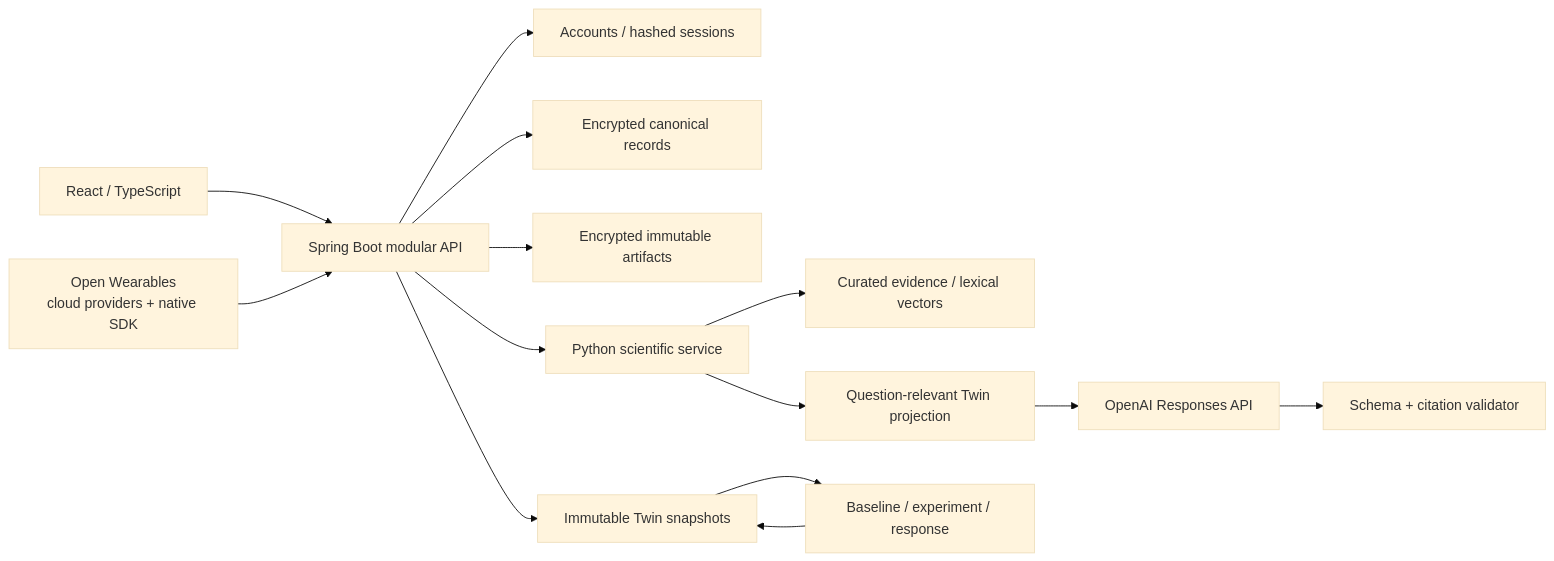
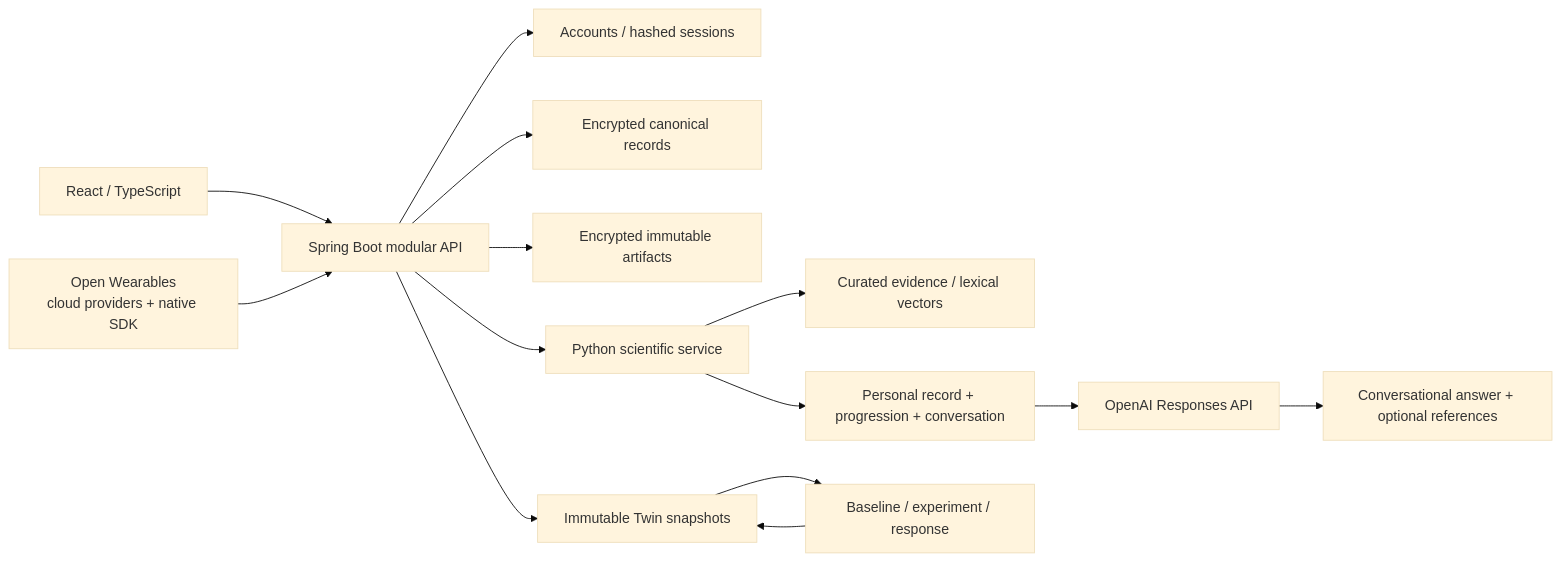
Before and after one commit to Adityahulk/aevum: the diagram in docs/ARCHITECTURE.md, drawn with Mermaid (base theme). The commit also changed other lines of this file and 9 other files, not shown here.

Commit message:
Simplify Ask to personalized conversation with optional references

````diff
--- a/docs/ARCHITECTURE.md
+++ b/docs/ARCHITECTURE.md
@@ -5,16 +5,16 @@
 ```mermaid
 flowchart LR
   Browser[React / TypeScript] --> Java[Spring Boot modular API]
   Java --> Identity[Accounts / hashed sessions]
   Java --> Records[Encrypted canonical records]
   Java --> Objects[Encrypted immutable artifacts]
   Java --> Python[Python scientific service]
   Python --> Corpus[Curated evidence / lexical vectors]
-  Python --> AskContext[Question-relevant Twin projection]
+  Python --> AskContext[Personal record + progression + conversation]
   AskContext --> LLM[OpenAI Responses API]
-  LLM --> Validator[Schema + citation validator]
+  LLM --> Answer[Conversational answer + optional references]
   Java --> Twin[Immutable Twin snapshots]
   Twin --> Experiment[Baseline / experiment / response]
   Experiment --> Twin
   Wearables[Open Wearables\ncloud providers + native SDK] --> Java
 ```
````
